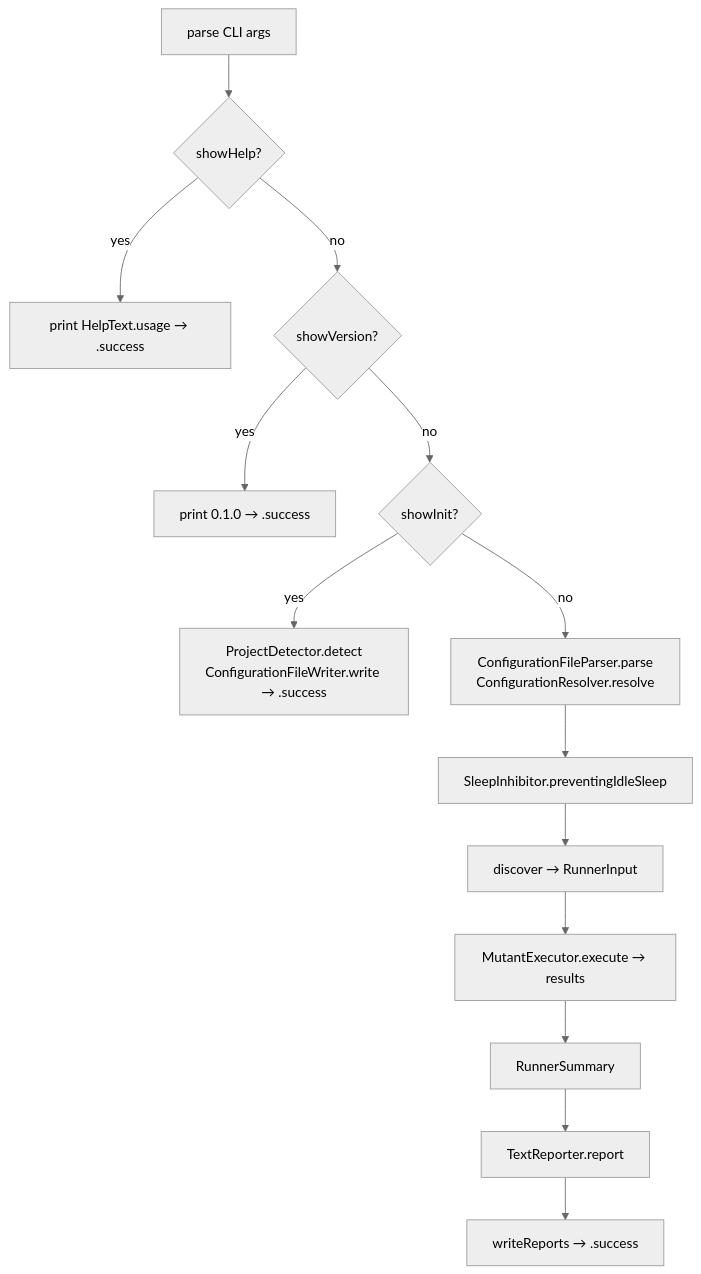
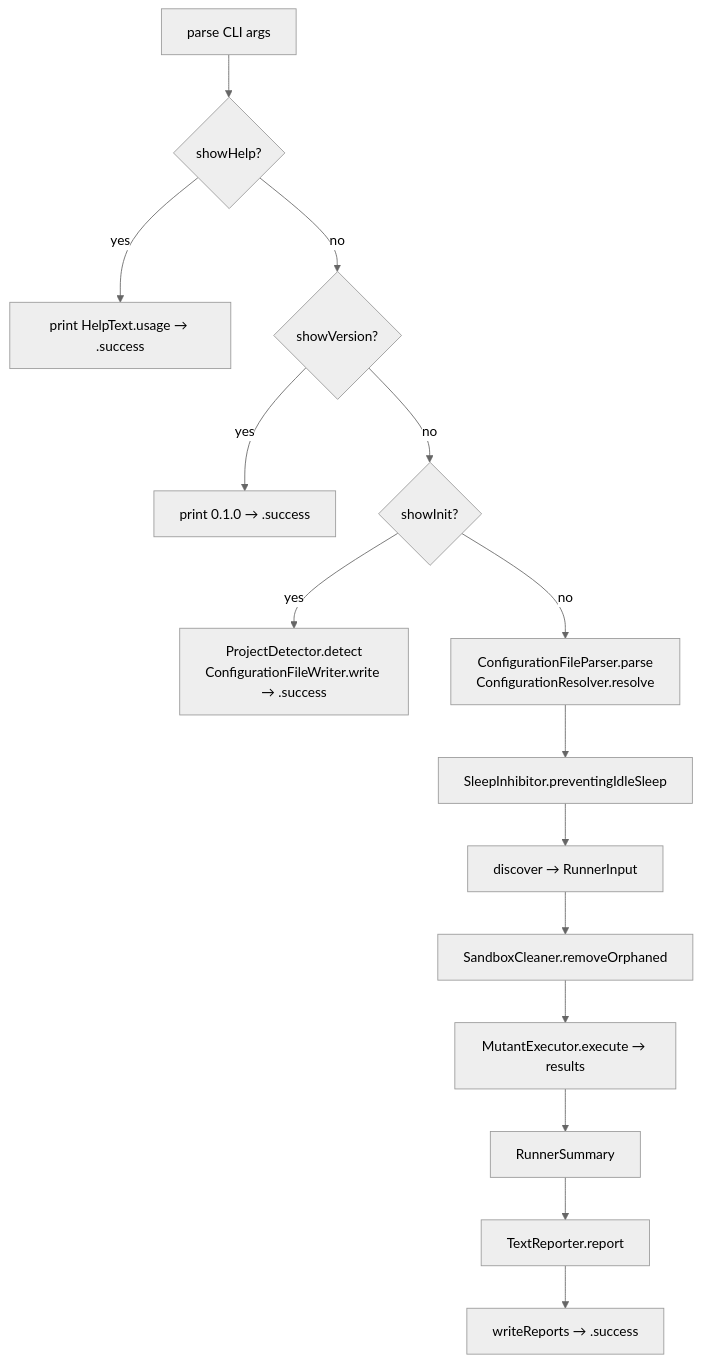
One commit to C24-Bank/swift-mutation-testing changed the diagram in Docs/CodeBase/01-entry-point.md. Above: the diagram before and after it, drawn with Mermaid (neutral theme). The commit also changed other lines of this file and 4 other files, not shown here.

````diff
--- a/Docs/CodeBase/01-entry-point.md
+++ b/Docs/CodeBase/01-entry-point.md
@@ -32,16 +32,17 @@
 ```mermaid
 flowchart TD
     A[parse CLI args] --> B{showHelp?}
     B -- yes --> HELP[print HelpText.usage → .success]
     B -- no --> C{showVersion?}
     C -- yes --> VER[print 0.1.0 → .success]
     C -- no --> D{showInit?}
     D -- yes --> INIT[ProjectDetector.detect\nConfigurationFileWriter.write → .success]
     D -- no --> E[ConfigurationFileParser.parse\nConfigurationResolver.resolve]
     E --> S[SleepInhibitor.preventingIdleSleep]
     S --> F[discover → RunnerInput]
-    F --> G[MutantExecutor.execute → results]
+    F --> SW[SandboxCleaner.removeOrphaned]
+    SW --> G[MutantExecutor.execute → results]
     G --> H[RunnerSummary]
     H --> I[TextReporter.report]
     I --> J[writeReports → .success]
 ```
````
